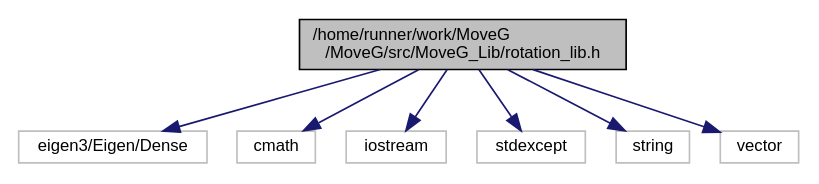
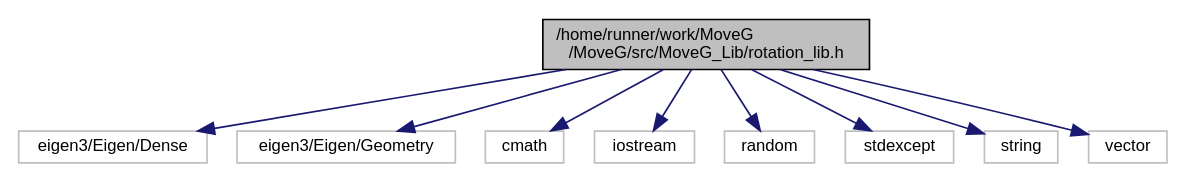
One commit to GiorgioMedico/MoveG changed the diagram in rotation__lib_8h__incl.dot. Above: the diagram before and after it, drawn with Graphviz. The commit also changed 69 other files, not shown here.

```diff
--- a/rotation__lib_8h__incl.dot
+++ b/rotation__lib_8h__incl.dot
@@ -1,19 +1,23 @@
 digraph "/home/runner/work/MoveG/MoveG/src/MoveG_Lib/rotation_lib.h"
 {
  // LATEX_PDF_SIZE
   edge [fontname="Helvetica",fontsize="10",labelfontname="Helvetica",labelfontsize="10"];
   node [fontname="Helvetica",fontsize="10",shape=record];
   Node1 [label="/home/runner/work/MoveG\l/MoveG/src/MoveG_Lib/rotation_lib.h",height=0.2,width=0.4,color="black", fillcolor="grey75", style="filled", fontcolor="black",tooltip=" "];
   Node1 -> Node2 [color="midnightblue",fontsize="10",style="solid",fontname="Helvetica"];
   Node2 [label="eigen3/Eigen/Dense",height=0.2,width=0.4,color="grey75", fillcolor="white", style="filled",tooltip=" "];
   Node1 -> Node3 [color="midnightblue",fontsize="10",style="solid",fontname="Helvetica"];
-  Node3 [label="cmath",height=0.2,width=0.4,color="grey75", fillcolor="white", style="filled",tooltip=" "];
+  Node3 [label="eigen3/Eigen/Geometry",height=0.2,width=0.4,color="grey75", fillcolor="white", style="filled",tooltip=" "];
   Node1 -> Node4 [color="midnightblue",fontsize="10",style="solid",fontname="Helvetica"];
-  Node4 [label="iostream",height=0.2,width=0.4,color="grey75", fillcolor="white", style="filled",tooltip=" "];
+  Node4 [label="cmath",height=0.2,width=0.4,color="grey75", fillcolor="white", style="filled",tooltip=" "];
   Node1 -> Node5 [color="midnightblue",fontsize="10",style="solid",fontname="Helvetica"];
-  Node5 [label="stdexcept",height=0.2,width=0.4,color="grey75", fillcolor="white", style="filled",tooltip=" "];
+  Node5 [label="iostream",height=0.2,width=0.4,color="grey75", fillcolor="white", style="filled",tooltip=" "];
   Node1 -> Node6 [color="midnightblue",fontsize="10",style="solid",fontname="Helvetica"];
-  Node6 [label="string",height=0.2,width=0.4,color="grey75", fillcolor="white", style="filled",tooltip=" "];
+  Node6 [label="random",height=0.2,width=0.4,color="grey75", fillcolor="white", style="filled",tooltip=" "];
   Node1 -> Node7 [color="midnightblue",fontsize="10",style="solid",fontname="Helvetica"];
-  Node7 [label="vector",height=0.2,width=0.4,color="grey75", fillcolor="white", style="filled",tooltip=" "];
+  Node7 [label="stdexcept",height=0.2,width=0.4,color="grey75", fillcolor="white", style="filled",tooltip=" "];
+  Node1 -> Node8 [color="midnightblue",fontsize="10",style="solid",fontname="Helvetica"];
+  Node8 [label="string",height=0.2,width=0.4,color="grey75", fillcolor="white", style="filled",tooltip=" "];
+  Node1 -> Node9 [color="midnightblue",fontsize="10",style="solid",fontname="Helvetica"];
+  Node9 [label="vector",height=0.2,width=0.4,color="grey75", fillcolor="white", style="filled",tooltip=" "];
 }
```
